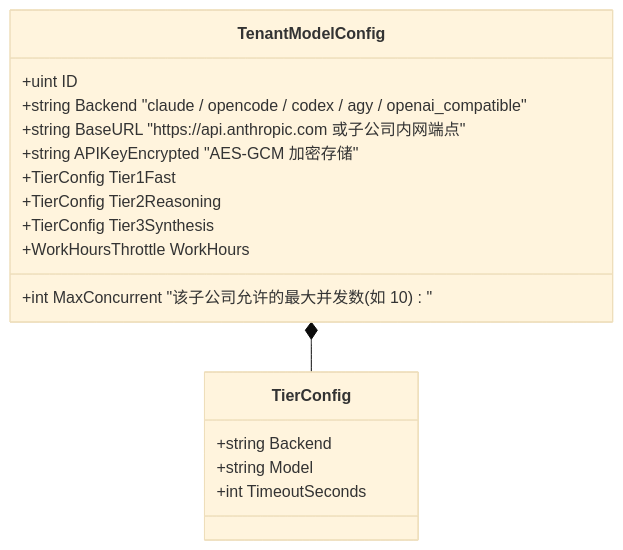
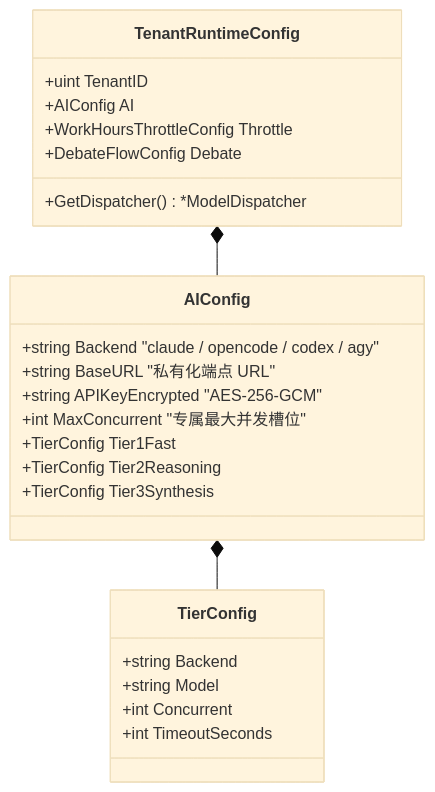
The first of 3 diagrams in docs/multi-tenancy-architecture/03-租户模型服务资源隔离与动态调度设计.md (fugui/code-shield), drawn with Mermaid (base theme) before and after one commit. The commit also changed other lines of this file, not shown here.

````diff
--- a/docs/multi-tenancy-architecture/03-租户模型服务资源隔离与动态调度设计.md
+++ b/docs/multi-tenancy-architecture/03-租户模型服务资源隔离与动态调度设计.md
@@ -15,20 +18,27 @@
 ```mermaid
 classDiagram
-    class TenantModelConfig {
-        +uint ID
-        +string Backend "claude / opencode / codex / agy / openai_compatible"
-        +string BaseURL "https://api.anthropic.com 或子公司内网端点"
-        +string APIKeyEncrypted "AES-GCM 加密存储"
-        +int MaxConcurrent "该子公司允许的最大并发数 (如 10)"
+    class TenantRuntimeConfig {
+        +uint TenantID
+        +AIConfig AI
+        +WorkHoursThrottleConfig Throttle
+        +DebateFlowConfig Debate
+        +GetDispatcher() *ModelDispatcher
+    }
+    class AIConfig {
+        +string Backend "claude / opencode / codex / agy"
+        +string BaseURL "私有化端点 URL"
+        +string APIKeyEncrypted "AES-256-GCM"
+        +int MaxConcurrent "专属最大并发槽位"
         +TierConfig Tier1Fast
         +TierConfig Tier2Reasoning
         +TierConfig Tier3Synthesis
-        +WorkHoursThrottle WorkHours
     }
     class TierConfig {
         +string Backend
         +string Model
+        +int Concurrent
         +int TimeoutSeconds
     }
-    TenantModelConfig *-- TierConfig
+    TenantRuntimeConfig *-- AIConfig
+    AIConfig *-- TierConfig
 ```
````
